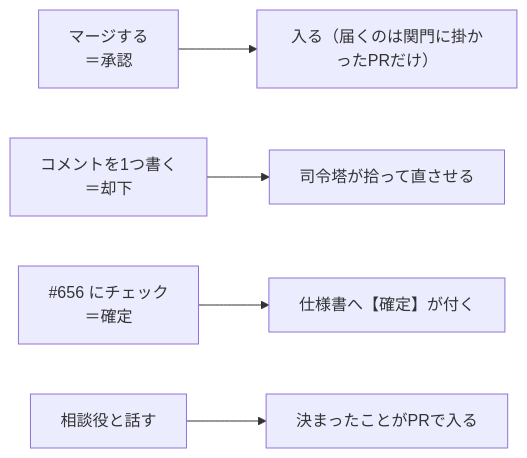
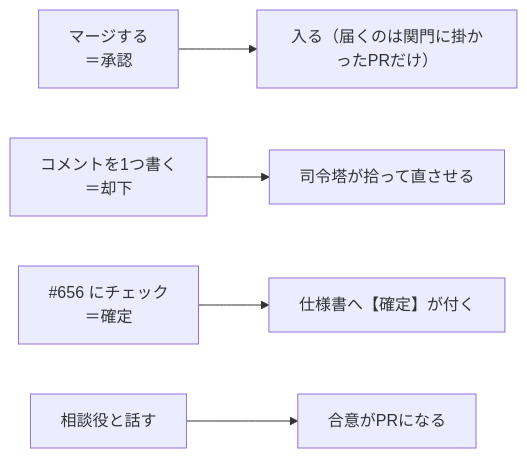
Before and after one commit to gooyyu1/UnmappedIsland: the fourth of 5 diagrams in docs/ParallelAgents.md, drawn with Mermaid. The commit also changed other lines of this file, not shown here.

````diff
--- a/docs/ParallelAgents.md
+++ b/docs/ParallelAgents.md
@@ -190,7 +247,7 @@
 ```mermaid
 flowchart LR
     A["マージする<br/>＝承認"] --> Done["入る（届くのは関門に掛かったPRだけ）"]
     B["コメントを1つ書く<br/>＝却下"] --> Fix["司令塔が拾って直させる"]
     C["#656 にチェック<br/>＝確定"] --> Mark["仕様書へ【確定】が付く"]
-    D["相談役と話す"] --> Decide["決まったことがPRで入る"]
+    D["相談役と話す"] --> Decide["合意がPRになる"]
 ```
````
